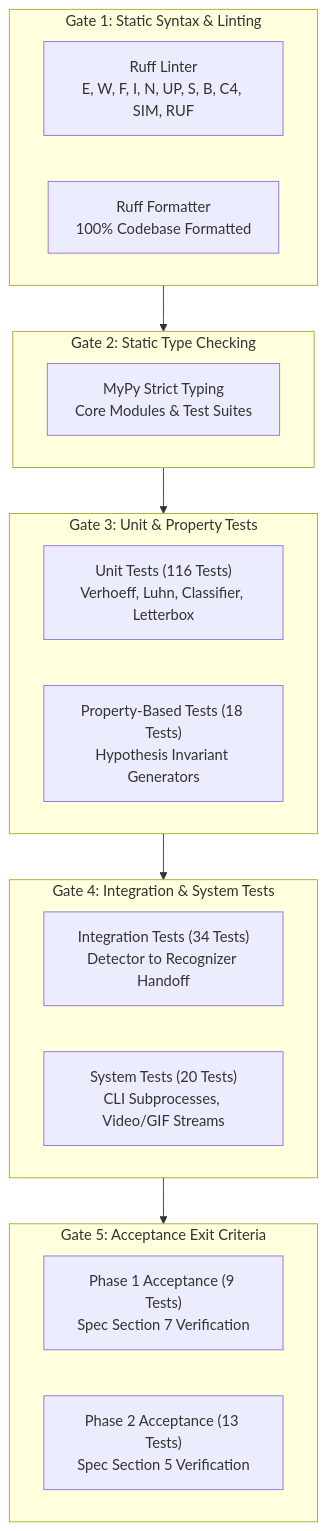
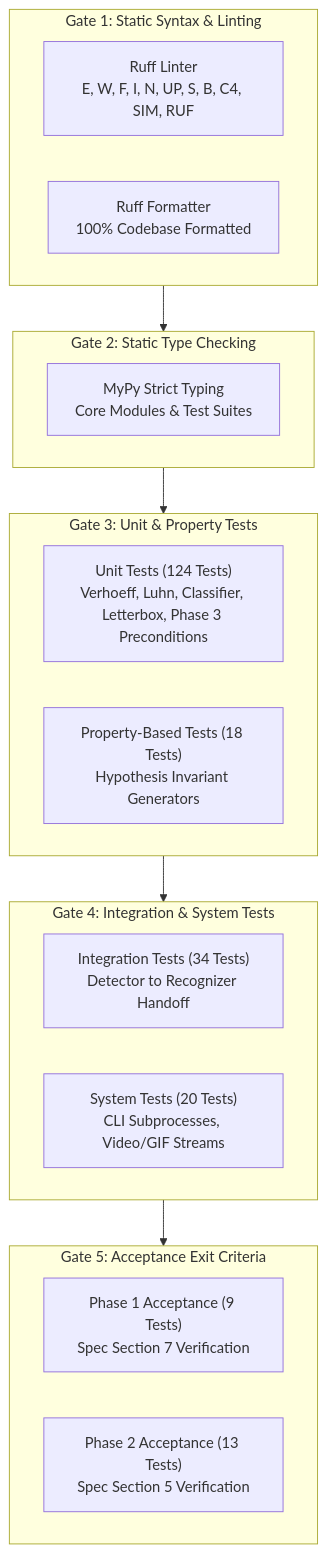
Before and after one commit to Vijajraj/Screen_PII_Redactor: the eighth of 8 diagrams in README.md, drawn with Mermaid. The commit also changed other lines of this file and 8 other files, not shown here.

````diff
--- a/README.md
+++ b/README.md
@@ -328,28 +390,28 @@
 ```mermaid
 flowchart TD
     subgraph G1["Gate 1: Static Syntax & Linting"]
         R1["Ruff Linter<br/>E, W, F, I, N, UP, S, B, C4, SIM, RUF"]
         R2["Ruff Formatter<br/>100% Codebase Formatted"]
     end
 
     subgraph G2["Gate 2: Static Type Checking"]
         M1["MyPy Strict Typing<br/>Core Modules & Test Suites"]
     end
 
     subgraph G3["Gate 3: Unit & Property Tests"]
-        U1["Unit Tests (116 Tests)<br/>Verhoeff, Luhn, Classifier, Letterbox"]
+        U1["Unit Tests (124 Tests)<br/>Verhoeff, Luhn, Classifier, Letterbox, Phase 3 Preconditions"]
         P1["Property-Based Tests (18 Tests)<br/>Hypothesis Invariant Generators"]
     end
 
     subgraph G4["Gate 4: Integration & System Tests"]
         I1["Integration Tests (34 Tests)<br/>Detector to Recognizer Handoff"]
         S1["System Tests (20 Tests)<br/>CLI Subprocesses, Video/GIF Streams"]
     end
 
     subgraph G5["Gate 5: Acceptance Exit Criteria"]
         A1["Phase 1 Acceptance (9 Tests)<br/>Spec Section 7 Verification"]
         A2["Phase 2 Acceptance (13 Tests)<br/>Spec Section 5 Verification"]
     end
 
     G1 --> G2 --> G3 --> G4 --> G5
 ```
````
